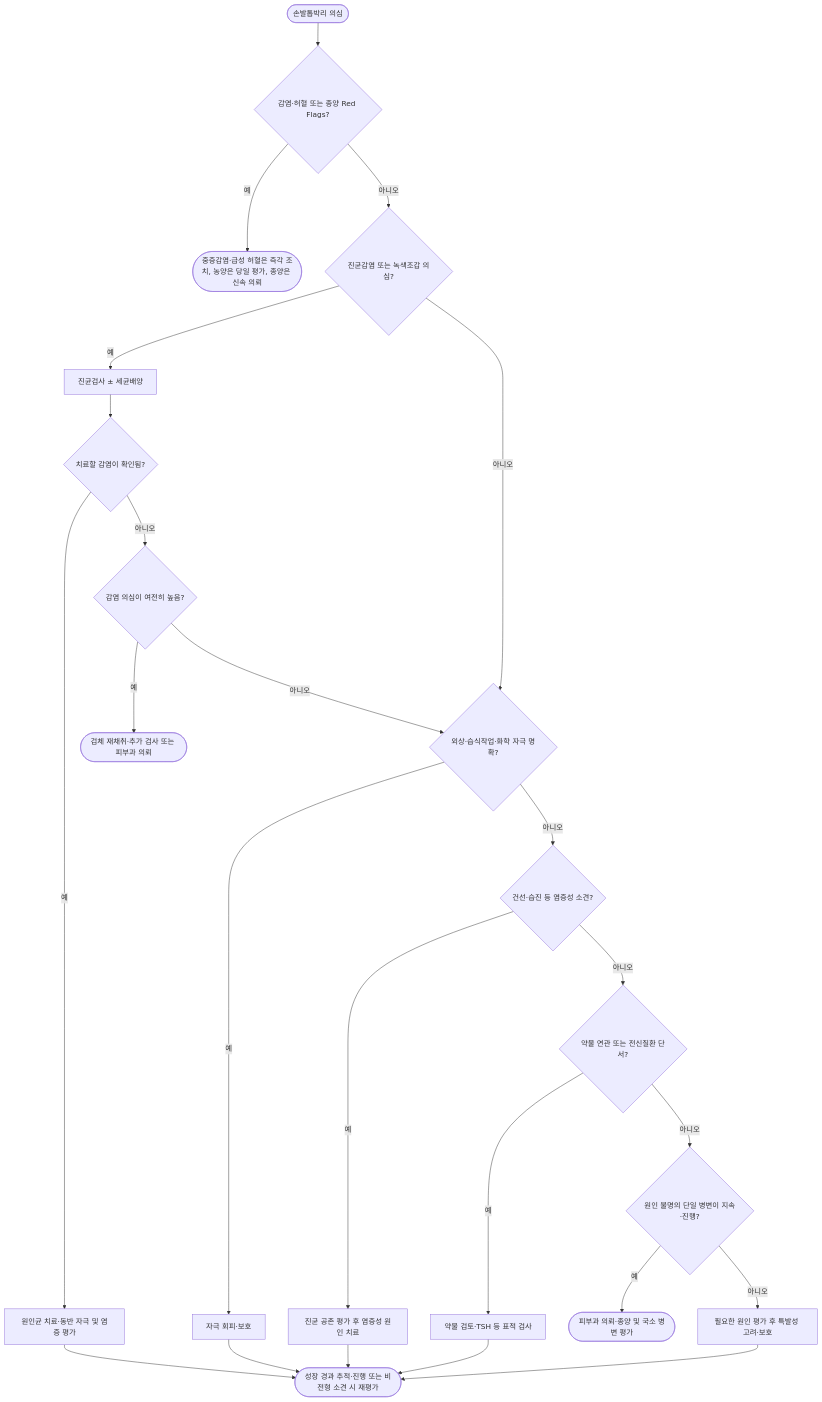
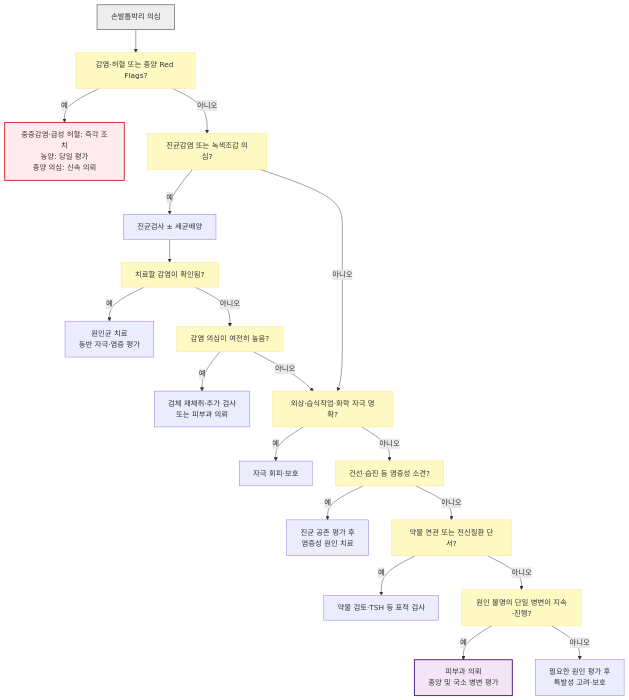
The diagram in 229_/175_-onycholysis.md (familyoh77/familyoh77), drawn with Mermaid before and after one commit. The commit also changed other lines of this file and 9 other files, not shown here.

````diff
--- a/229_/175_-onycholysis.md
+++ b/229_/175_-onycholysis.md
@@ -129,26 +129,27 @@
 ```mermaid
 flowchart TD
-    A(["손발톱박리 의심"]) --> B{"감염·허혈 또는 종양 Red Flags?"}
-    B -->|예| C(["중증감염·급성 허혈은 즉각 조치, 농양은 당일 평가, 종양은 신속 의뢰"])
-    B -->|아니오| D{"진균감염 또는 녹색조갑 의심?"}
-    D -->|예| E["진균검사 ± 세균배양"]
-    E --> F{"치료할 감염이 확인됨?"}
-    F -->|예| N["원인균 치료·동반 자극 및 염증 평가"]
-    F -->|아니오| V{"감염 의심이 여전히 높음?"}
-    V -->|예| W(["검체 재채취·추가 검사 또는 피부과 의뢰"])
-    V -->|아니오| G
-    D -->|아니오| G{"외상·습식작업·화학 자극 명확?"}
-    G -->|예| H["자극 회피·보호"]
-    G -->|아니오| I{"건선·습진 등 염증성 소견?"}
-    I -->|예| J["진균 공존 평가 후 염증성 원인 치료"]
-    I -->|아니오| K{"약물 연관 또는 전신질환 단서?"}
-    K -->|예| L["약물 검토·TSH 등 표적 검사"]
-    K -->|아니오| Q{"원인 불명의 단일 병변이 지속·진행?"}
-    Q -->|예| R(["피부과 의뢰·종양 및 국소 병변 평가"])
-    Q -->|아니오| M["필요한 원인 평가 후 특발성 고려·보호"]
-    N --> U(["성장 경과 추적·진행 또는 비전형 소견 시 재평가"])
-    H --> U
-    J --> U
-    L --> U
-    M --> U
+    A["손발톱박리 의심"] --> B["감염·허혈 또는 종양 Red Flags?"]
+    B -->|"예"| C["중증감염·급성 허혈: 즉각 조치<br/>농양: 당일 평가<br/>종양 의심: 신속 의뢰"]
+    B -->|"아니오"| D["진균감염 또는 녹색조갑 의심?"]
+    D -->|"예"| E["진균검사 ± 세균배양"]
+    E --> F["치료할 감염이 확인됨?"]
+    F -->|"예"| N["원인균 치료<br/>동반 자극·염증 평가"]
+    F -->|"아니오"| V["감염 의심이 여전히 높음?"]
+    V -->|"예"| W["검체 재채취·추가 검사<br/>또는 피부과 의뢰"]
+    V -->|"아니오"| G
+    D -->|"아니오"| G["외상·습식작업·화학 자극 명확?"]
+    G -->|"예"| H["자극 회피·보호"]
+    G -->|"아니오"| I["건선·습진 등 염증성 소견?"]
+    I -->|"예"| J["진균 공존 평가 후<br/>염증성 원인 치료"]
+    I -->|"아니오"| K["약물 연관 또는 전신질환 단서?"]
+    K -->|"예"| L["약물 검토·TSH 등 표적 검사"]
+    K -->|"아니오"| Q["원인 불명의 단일 병변이 지속·진행?"]
+    Q -->|"예"| R["피부과 의뢰<br/>종양 및 국소 병변 평가"]
+    Q -->|"아니오"| M["필요한 원인 평가 후<br/>특발성 고려·보호"]
+
+    classDef question fill:#fff9c4,stroke:#ffe082
+    class B,D,F,V,G,I,K,Q question
+    style A fill:#eeeeee,stroke:#888888,stroke-width:2px
+    style C fill:#ffebee,stroke:#c62828,stroke-width:2px
+    style R fill:#f3e5f5,stroke:#4a148c,stroke-width:2px
 ```
````
